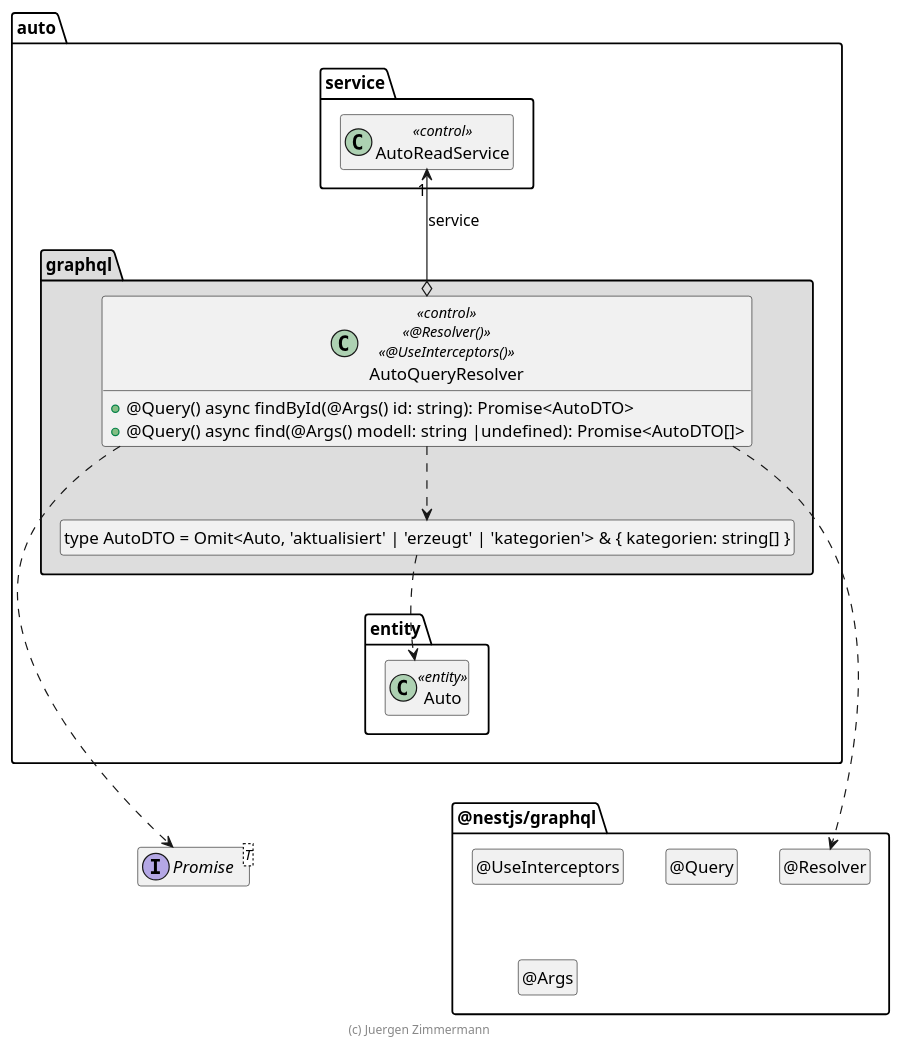
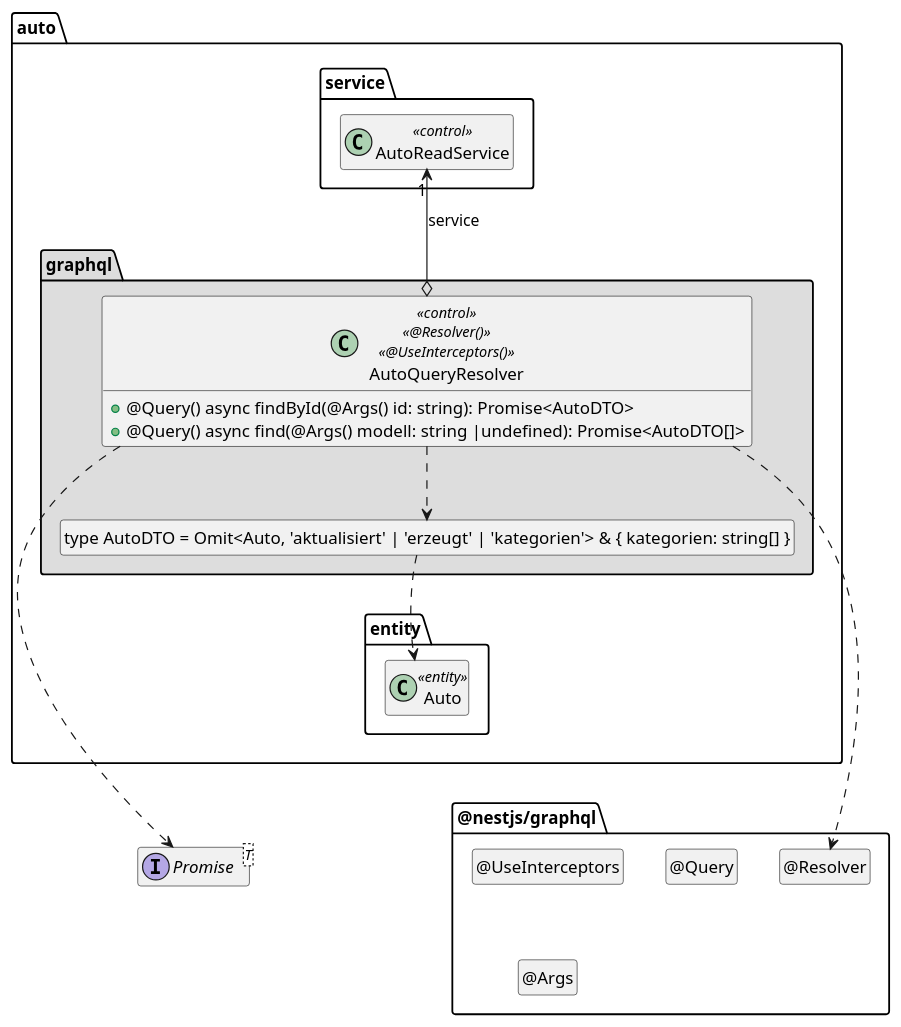
Before and after one commit to dithienphan/auto_rework: the diagram in extras/doc/entwicklerhandbuch/AutoQueryResolver.plantuml, drawn with PlantUML. The commit also changed other lines of this file and 28 other files, not shown here.

```diff
--- a/extras/doc/entwicklerhandbuch/AutoQueryResolver.plantuml
+++ b/extras/doc/entwicklerhandbuch/AutoQueryResolver.plantuml
@@ -18,58 +1,56 @@
 @startuml Controller-Klasse
 
 interface Promise<T>
 
 package @nestjs/graphql {
   class "@Resolver" as Resolver
   hide Resolver circle
 
   class "@UseInterceptors" as UseInterceptors
   hide UseInterceptors circle
 
   class "@Query" as Query
   hide Query circle
 
   class "@Args" as Args
   hide Args circle
 
   Resolver .left[hidden].> Promise
 }
 
 package auto {
   package entity {
     class Auto <<entity>>
   }
 
   package service {
     class AutoReadService << control >>
   }
 
   package graphql #DDDDDD {
     class "type AutoDTO = Omit<Auto, 'aktualisiert' | 'erzeugt' | 'kategorien'> & { kategorien: string[] }" as AutoDTO
     hide AutoDTO circle
 
     class AutoQueryResolver << control >> << @Resolver() >> << @UseInterceptors() >> {
       + @Query() async findById(@Args() id: string): Promise<AutoDTO>
       + @Query() async find(@Args() modell: string |undefined): Promise<AutoDTO[]>
     }
 
     AutoQueryResolver o-up-> "1" AutoReadService : service
     AutoQueryResolver ..> AutoDTO
     AutoDTO ..> Auto
     AutoQueryResolver ..> Resolver
 
     AutoQueryResolver ..> Promise
 
     AutoDTO .[hidden].> Auto
     Auto .[hidden].> Promise
     AutoReadService .[hidden].> Promise
     Auto .[hidden].> Resolver
     AutoReadService .[hidden].> Resolver
   }
 }
 
 hide empty members
 
-footer (c) Juergen Zimmermann
-
 @enduml
```
